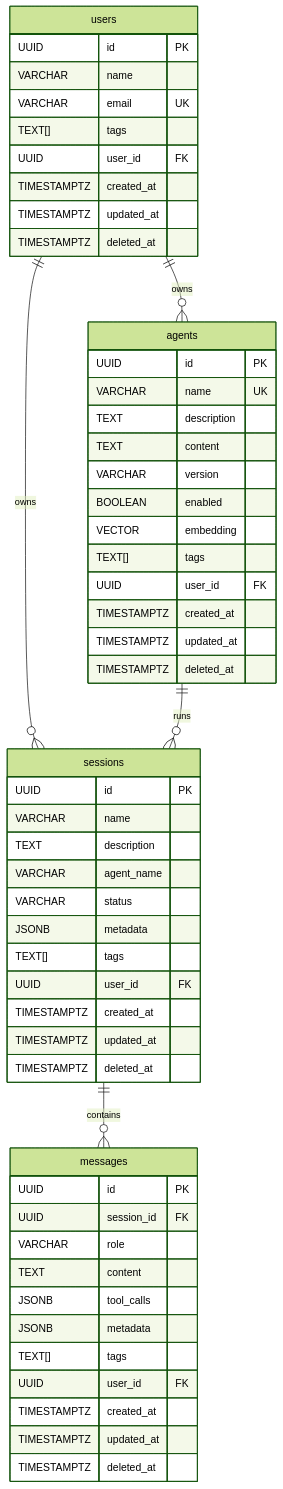
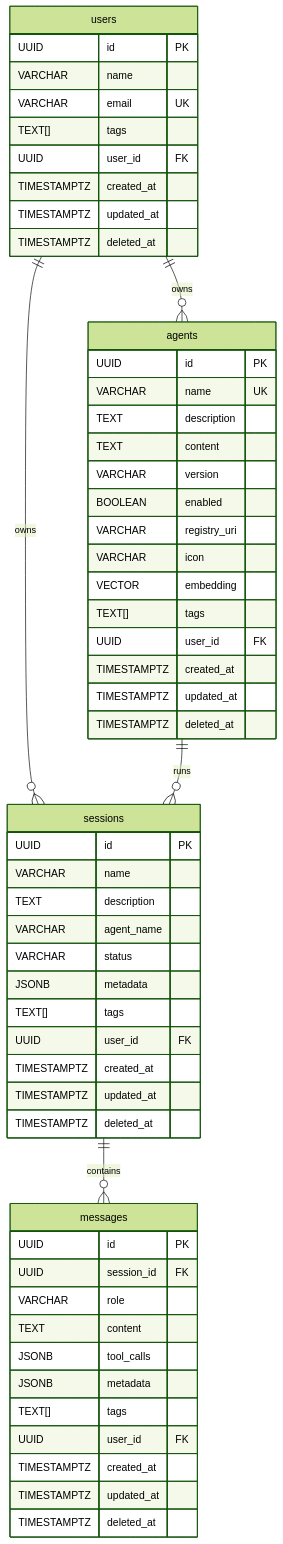
One commit to Percolation-Labs/remlight changed the first of 3 diagrams in sql/erd-slim.md. Above: the diagram before and after it, drawn with Mermaid (forest theme). The commit also changed other lines of this file and 52 other files, not shown here.

````diff
--- a/sql/erd-slim.md
+++ b/sql/erd-slim.md
@@ -22,61 +22,63 @@
 ```mermaid
 erDiagram
     users ||--o{ sessions : "owns"
     users ||--o{ agents : "owns"
     sessions ||--o{ messages : "contains"
     agents ||--o{ sessions : "runs"
 
     users {
         UUID id PK
         VARCHAR name
         VARCHAR email UK
         TEXT[] tags
         UUID user_id FK
         TIMESTAMPTZ created_at
         TIMESTAMPTZ updated_at
         TIMESTAMPTZ deleted_at
     }
 
     agents {
         UUID id PK
         VARCHAR name UK
         TEXT description
         TEXT content
         VARCHAR version
         BOOLEAN enabled
+        VARCHAR registry_uri
+        VARCHAR icon
         VECTOR embedding
         TEXT[] tags
         UUID user_id FK
         TIMESTAMPTZ created_at
         TIMESTAMPTZ updated_at
         TIMESTAMPTZ deleted_at
     }
 
     sessions {
         UUID id PK
         VARCHAR name
         TEXT description
         VARCHAR agent_name
         VARCHAR status
         JSONB metadata
         TEXT[] tags
         UUID user_id FK
         TIMESTAMPTZ created_at
         TIMESTAMPTZ updated_at
         TIMESTAMPTZ deleted_at
     }
 
     messages {
         UUID id PK
         UUID session_id FK
         VARCHAR role
         TEXT content
         JSONB tool_calls
         JSONB metadata
         TEXT[] tags
         UUID user_id FK
         TIMESTAMPTZ created_at
         TIMESTAMPTZ updated_at
         TIMESTAMPTZ deleted_at
     }
 ```
````
